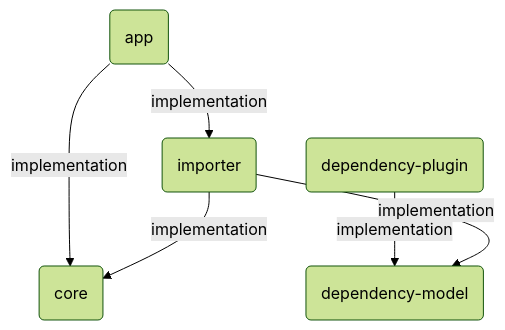
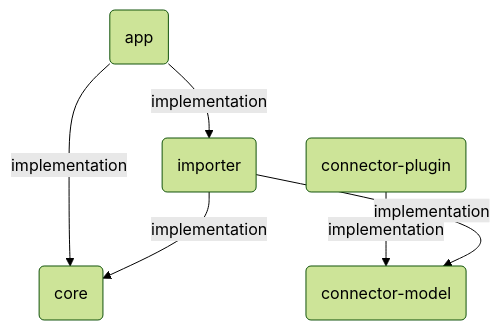
Before and after one commit to ryru/dependency-graph-analyser: the diagram in README.md, drawn with Mermaid (forest theme). The commit also changed other lines of this file and 26 other files, not shown here.

First line of the commit message:
Rework and publish Gradle connector plugin

````diff
--- a/README.md
+++ b/README.md
@@ -12,8 +12,8 @@
 ```mermaid
 graph TD
     vd2a57d(app) -->|implementation| va74ad8(core)
     vd2a57d(app) -->|implementation| v1bc49d(importer)
-    v80f88a(dependency-plugin) -->|implementation| v8ebf3d(dependency-model)
+    va02543(connector-plugin) -->|implementation| v91bd8e(connector-model)
+    v1bc49d(importer) -->|implementation| v91bd8e(connector-model)
     v1bc49d(importer) -->|implementation| va74ad8(core)
-    v1bc49d(importer) -->|implementation| v8ebf3d(dependency-model)
 ```
````
